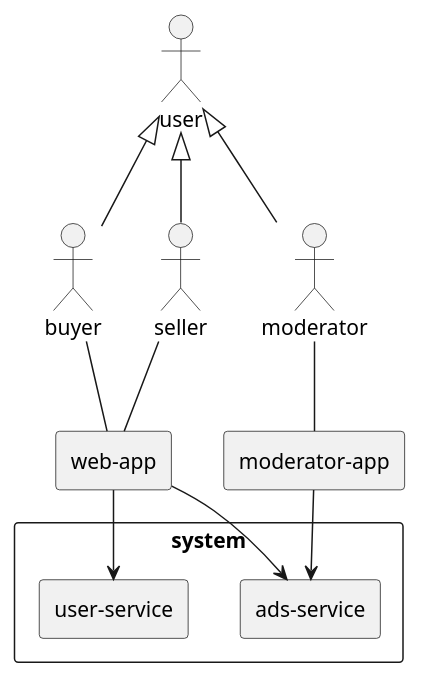
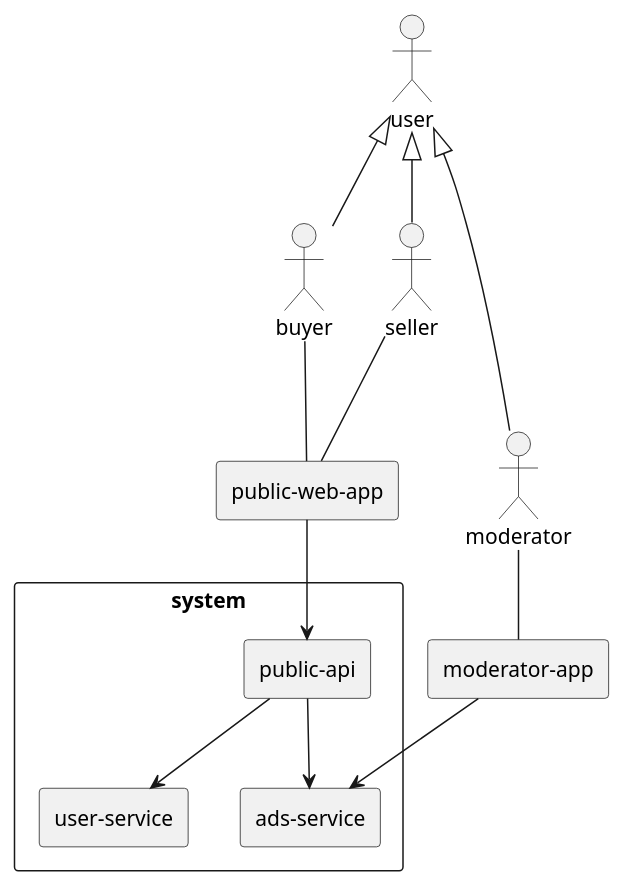
Before and after one commit to jesusfar/classified-ads-example: the diagram in src/Uml/system-environment.puml, drawn with PlantUML.

```diff
--- a/src/Uml/system-environment.puml
+++ b/src/Uml/system-environment.puml
@@ -1,33 +1,39 @@
 @startuml
 top to bottom direction
 skinparam packageStyle rectangle
 
 actor user
 actor buyer
 actor seller
 actor moderator
 
 user <|-- buyer
 user <|-- seller
 user <|-- moderator
 
-buyer -- (web-app)
-seller -- (web-app)
+buyer -- (public-web-app)
+seller -- (public-web-app)
 moderator -- (moderator-app)
 rectangle system {
-    (web-app) -down-> (ads-service)
-    (web-app) -down-> (user-service)
+    (public-web-app) -down-> (public-api)
+    (public-api) -down-> (user-service)
+    (public-api) -down-> (ads-service)
     (moderator-app) -down-> (ads-service)
-    rectangle web-app {
+    
+    rectangle public-api {
+    
+    }
+    
+    rectangle public-web-app {
     }
 
     rectangle ads-service {
     }
 
     rectangle moderator-app {
     }
 
     rectangle user-service {
     }
 }
 @enduml
```
